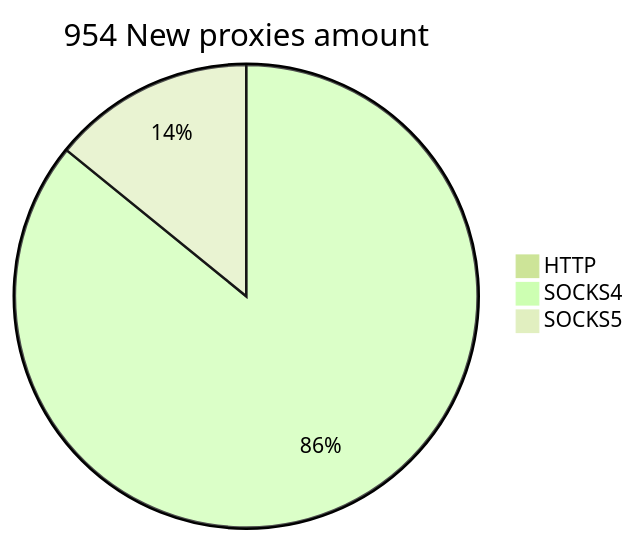
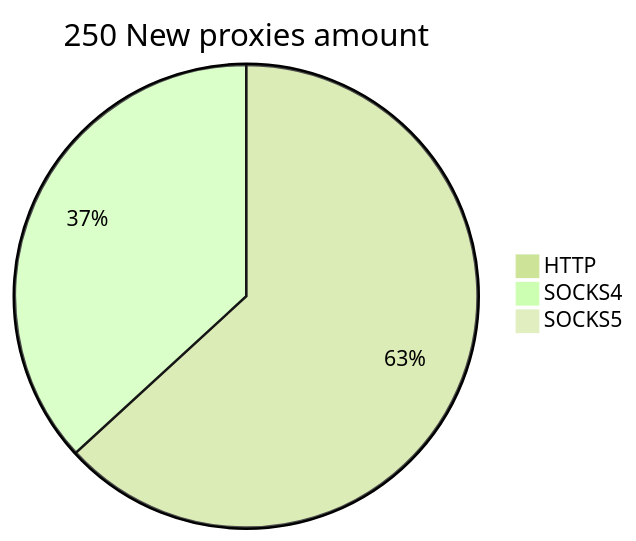
One commit to cutipu/proxylist changed the second of 2 diagrams in README.md. Above: the diagram before and after it, drawn with Mermaid (forest theme). The commit also changed other lines of this file, not shown here.

````diff
--- a/README.md
+++ b/README.md
@@ -10,6 +10,6 @@
 ```mermaid
-pie title 954 New proxies amount
-    "HTTP" : 0
-    "SOCKS4" : 893
-    "SOCKS5" : 147
+pie title 250 New proxies amount
+    "HTTP" : 175
+    "SOCKS4" : 102
+    "SOCKS5" : 0
 ```
````
